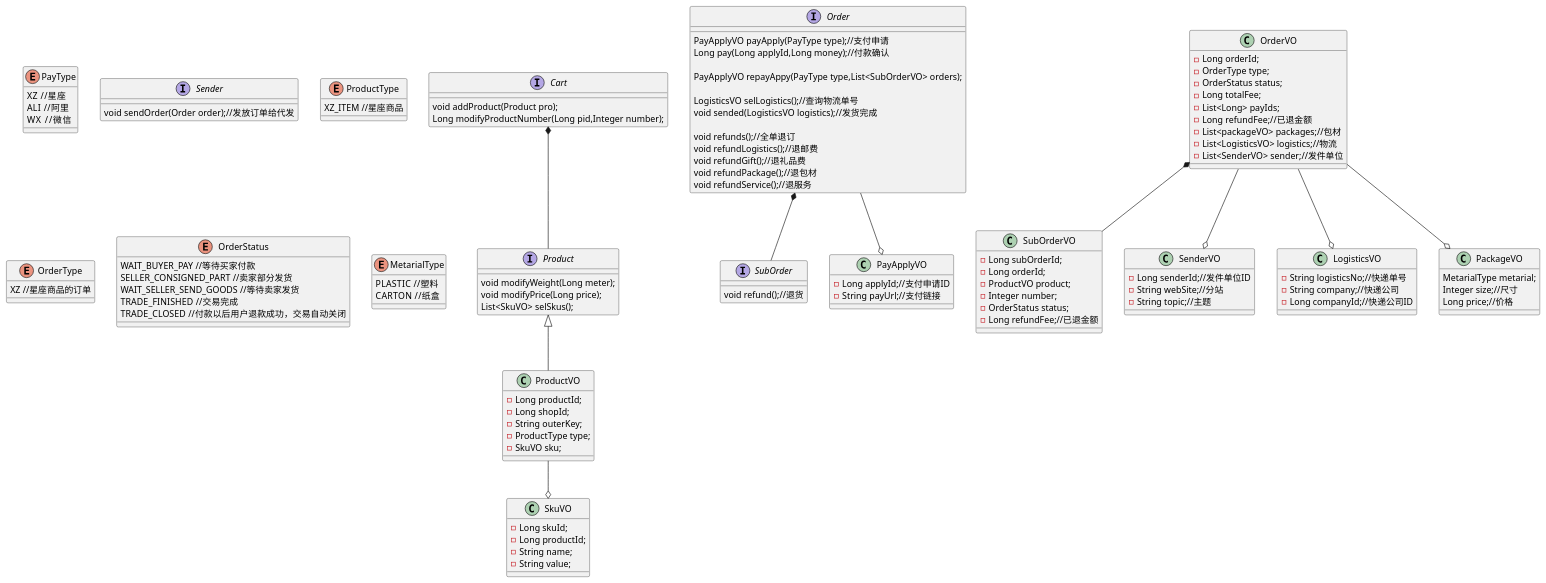
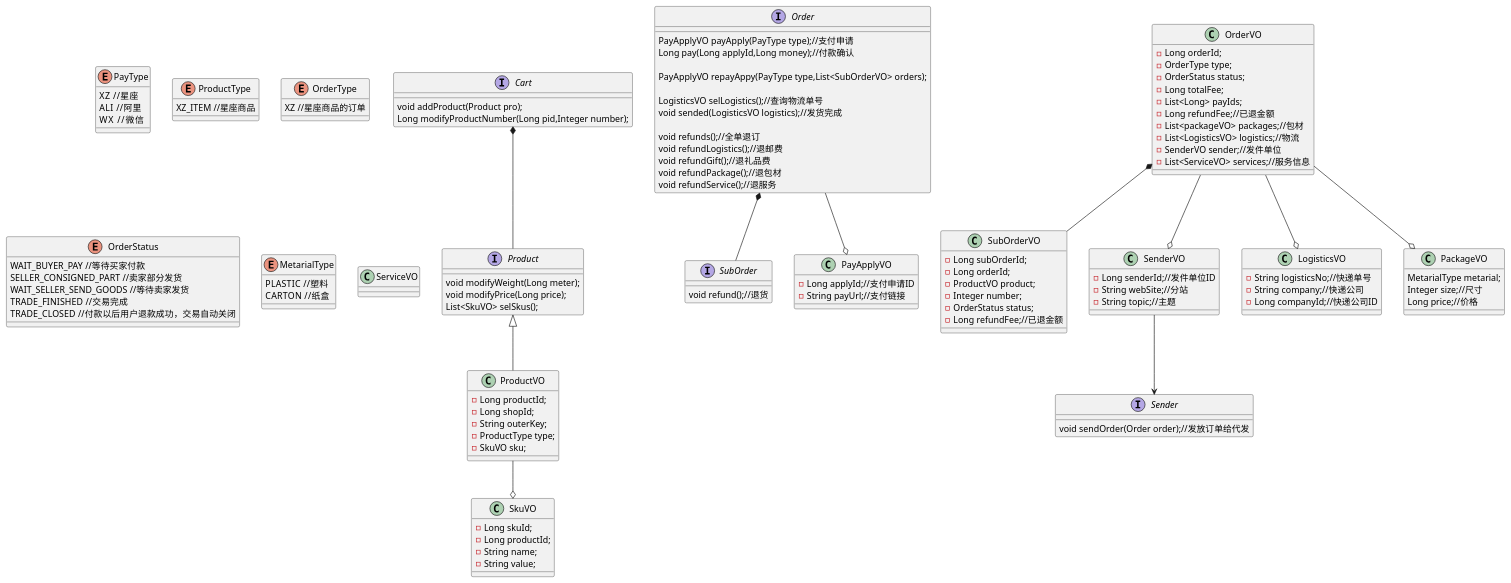
The diagram in main4-order/main4-order-api/src/main/resources/orderClass.puml (pogy/main-pom), drawn with PlantUML before and after one commit.

Commit message:
订单原型

```diff
--- a/main4-order/main4-order-api/src/main/resources/orderClass.puml
+++ b/main4-order/main4-order-api/src/main/resources/orderClass.puml
@@ -1,136 +1,143 @@
 @startuml
 enum PayType{
 XZ  //星座
 ALI  //阿里
 WX   //微信
 }
 interface Cart{
 void addProduct(Product pro);
 Long modifyProductNumber(Long pid,Integer number);
 }
 interface Order{
 PayApplyVO payApply(PayType type);//支付申请
 Long pay(Long applyId,Long money);//付款确认
 
 PayApplyVO repayAppy(PayType type,List<SubOrderVO> orders);
 
 LogisticsVO selLogistics();//查询物流单号
 void sended(LogisticsVO logistics);//发货完成
 
 void refunds();//全单退订
 void refundLogistics();//退邮费
 void refundGift();//退礼品费
 void refundPackage();//退包材
 void refundService();//退服务
 }
 interface SubOrder{
 void refund();//退货
 
 }
 interface Product{
 void modifyWeight(Long meter);
 void modifyPrice(Long price);
 List<SkuVO> selSkus();
 }
 interface Sender{
 void sendOrder(Order order);//发放订单给代发
 }
 
 class OrderVO{
 -Long orderId;
 -OrderType type;
 -OrderStatus status;
 -Long totalFee;
 -List<Long> payIds;
 -Long refundFee;//已退金额
 -List<packageVO> packages;//包材
 -List<LogisticsVO> logistics;//物流
--List<SenderVO> sender;//发件单位
+-SenderVO sender;//发件单位
+-List<ServiceVO> services;//服务信息
 }
 
 class SubOrderVO{
 -Long subOrderId;
 -Long orderId;
 -ProductVO product;
 -Integer number;
 -OrderStatus status;
 -Long refundFee;//已退金额
 }
 
 enum ProductType{
 XZ_ITEM //星座商品
 
 }
 
 enum OrderType{
 XZ //星座商品的订单
 
 }
 
 enum OrderStatus{
 WAIT_BUYER_PAY //等待买家付款
 SELLER_CONSIGNED_PART //卖家部分发货
 WAIT_SELLER_SEND_GOODS //等待卖家发货
 TRADE_FINISHED  //交易完成
 TRADE_CLOSED  //付款以后用户退款成功，交易自动关闭
 
 }
 
 enum MetarialType{
 PLASTIC  //塑料
 CARTON  //纸盒
 }
 
 class ProductVO{
 -Long productId;
 -Long shopId;
 -String outerKey;
 -ProductType type;
 -SkuVO sku;
 }
 
 class SkuVO{
 -Long skuId;
 -Long productId;
 -String name;
 -String value;
 }
 
 class PayApplyVO{
 -Long applyId;//支付申请ID
 -String payUrl;//支付链接
 }
 
 class SenderVO{
 -Long senderId;//发件单位ID
 -String webSite;//分站
 -String topic;//主题
 }
 
 class LogisticsVO{
 -String logisticsNo;//快递单号
 -String company;//快递公司
 -Long companyId;//快递公司ID
 }
 
 class PackageVO{
 MetarialType metarial;
 Integer size;//尺寸
 Long price;//价格
 }
 
+class ServiceVO{
+
+}
+
 Cart *-- Product
 Product <|-- ProductVO
 ProductVO --o SkuVO
 
 Order *-- SubOrder
 OrderVO *-- SubOrderVO
 
 OrderVO --o SenderVO
 OrderVO --o PackageVO
 OrderVO --o LogisticsVO
 
 Order --o PayApplyVO
 
+SenderVO --> Sender
+
 
 @enduml
```
